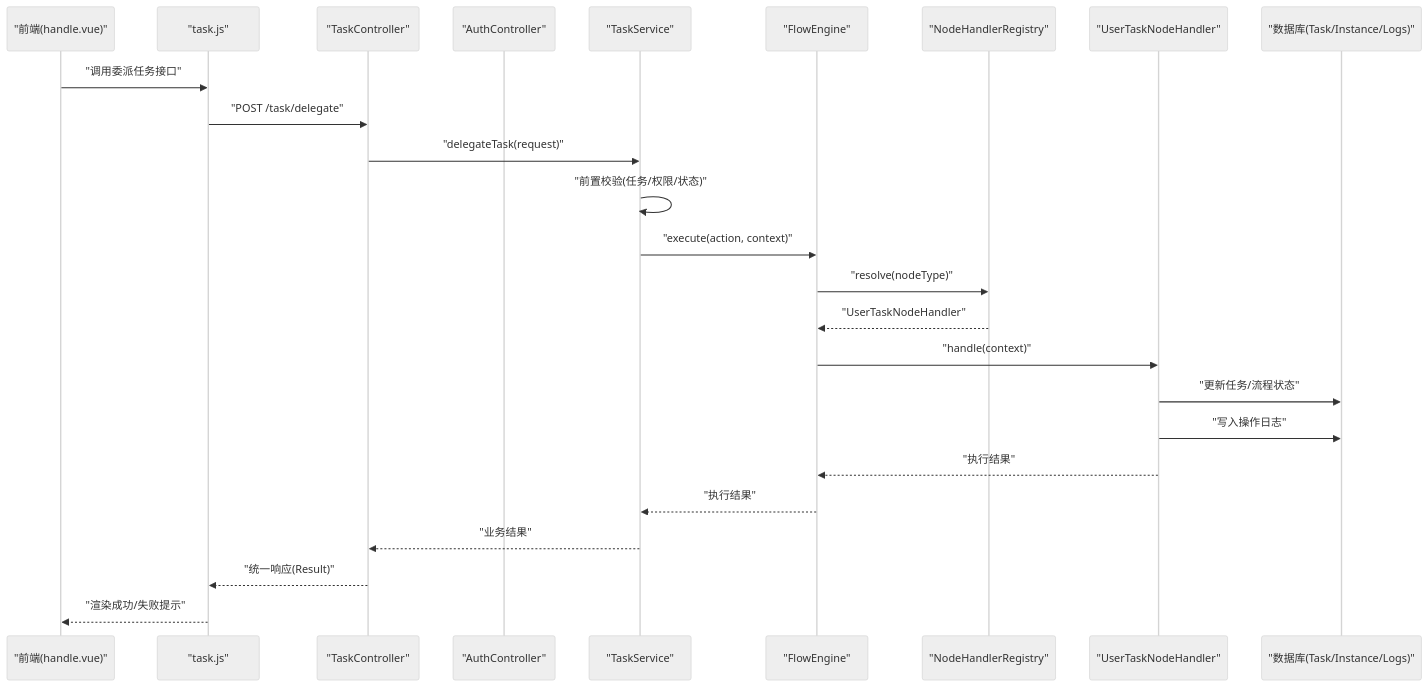
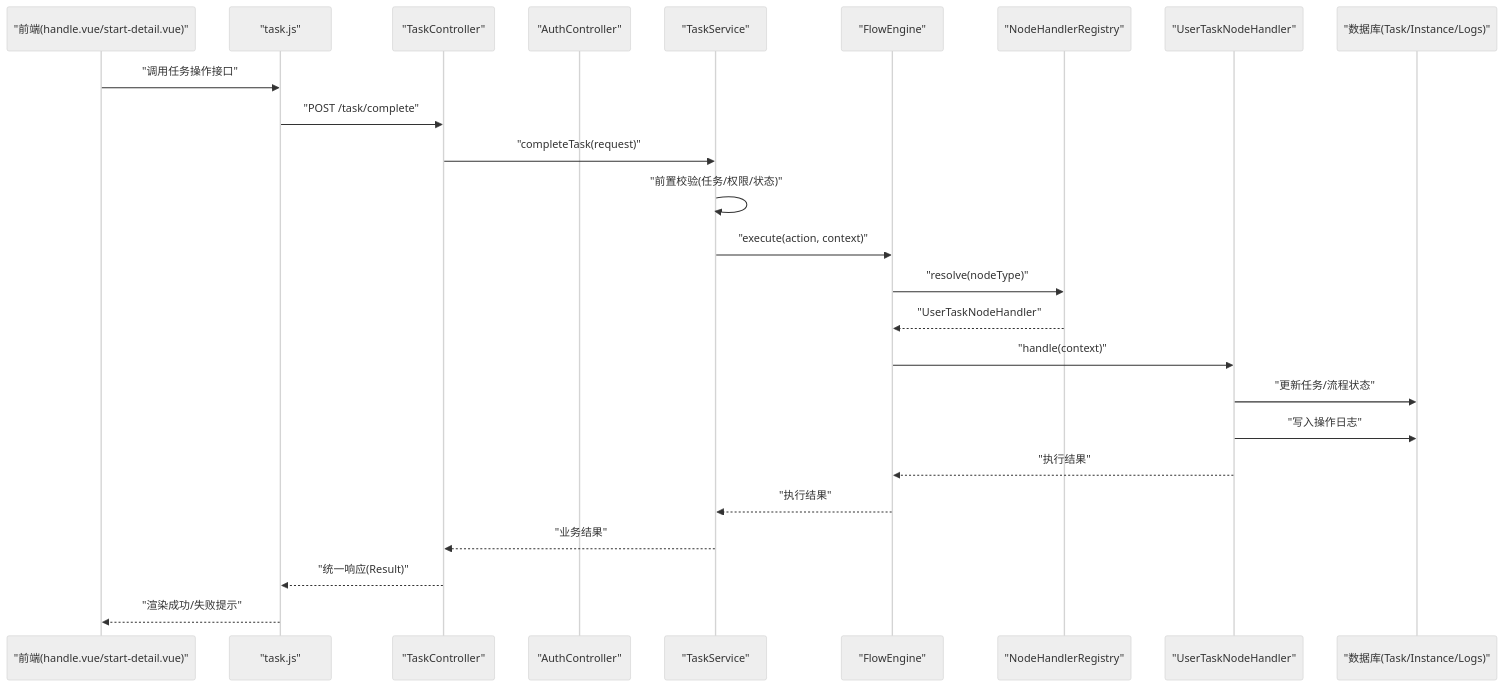
One commit to liming-lihaini/workflow changed the second of 11 diagrams in .qoder/repowiki/zh/content/任务管理/任务操作处理/任务操作处理.md. Above: the diagram before and after it, drawn with Mermaid (neutral theme). The commit also changed other lines of this file and 30 other files, not shown here.

````diff
--- a/.qoder/repowiki/zh/content/任务管理/任务操作处理/任务操作处理.md
+++ b/.qoder/repowiki/zh/content/任务管理/任务操作处理/任务操作处理.md
@@ -190,27 +197,27 @@
 ```mermaid
 sequenceDiagram
-participant UI as "前端(handle.vue)"
+participant UI as "前端(handle.vue/start-detail.vue)"
 participant Api as "task.js"
 participant Ctrl as "TaskController"
 participant Auth as "AuthController"
 participant Svc as "TaskService"
 participant Eng as "FlowEngine"
 participant Reg as "NodeHandlerRegistry"
 participant Handler as "UserTaskNodeHandler"
 participant DB as "数据库(Task/Instance/Logs)"
-UI->>Api : "调用委派任务接口"
-Api->>Ctrl : "POST /task/delegate"
-Ctrl->>Svc : "delegateTask(request)"
+UI->>Api : "调用任务操作接口"
+Api->>Ctrl : "POST /task/complete"
+Ctrl->>Svc : "completeTask(request)"
 Svc->>Svc : "前置校验(任务/权限/状态)"
 Svc->>Eng : "execute(action, context)"
 Eng->>Reg : "resolve(nodeType)"
 Reg-->>Eng : "UserTaskNodeHandler"
 Eng->>Handler : "handle(context)"
 Handler->>DB : "更新任务/流程状态"
 Handler->>DB : "写入操作日志"
 Handler-->>Eng : "执行结果"
 Eng-->>Svc : "执行结果"
 Svc-->>Ctrl : "业务结果"
 Ctrl-->>Api : "统一响应(Result)"
 Api-->>UI : "渲染成功/失败提示"
 ```
````
